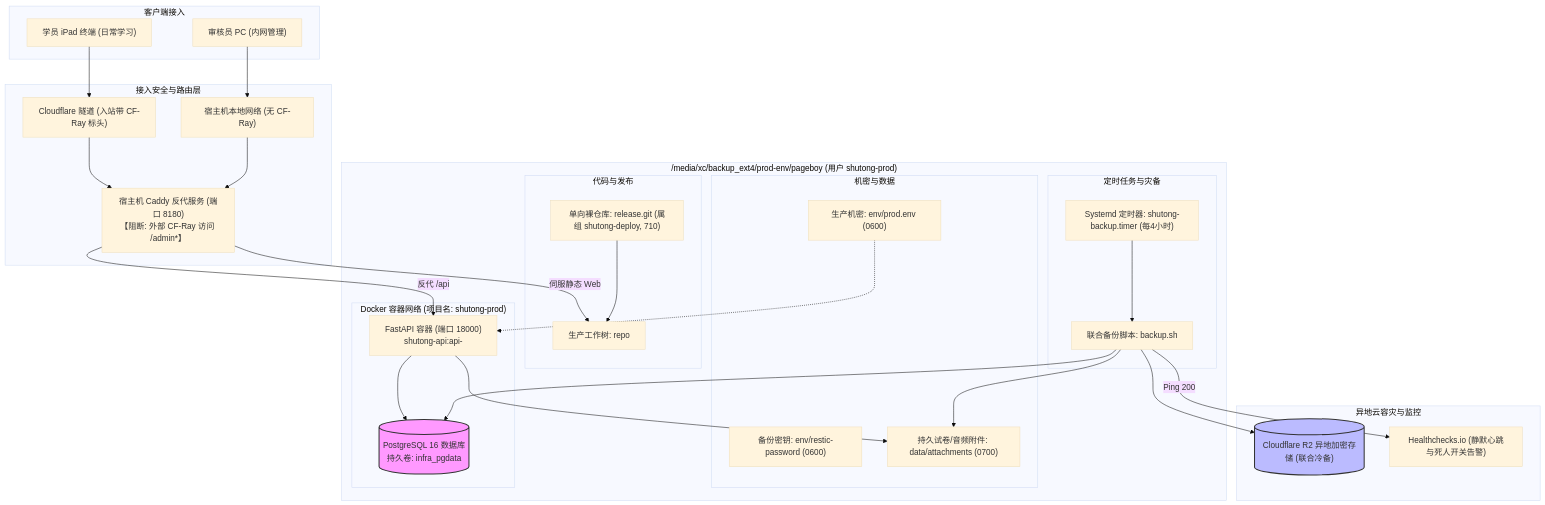
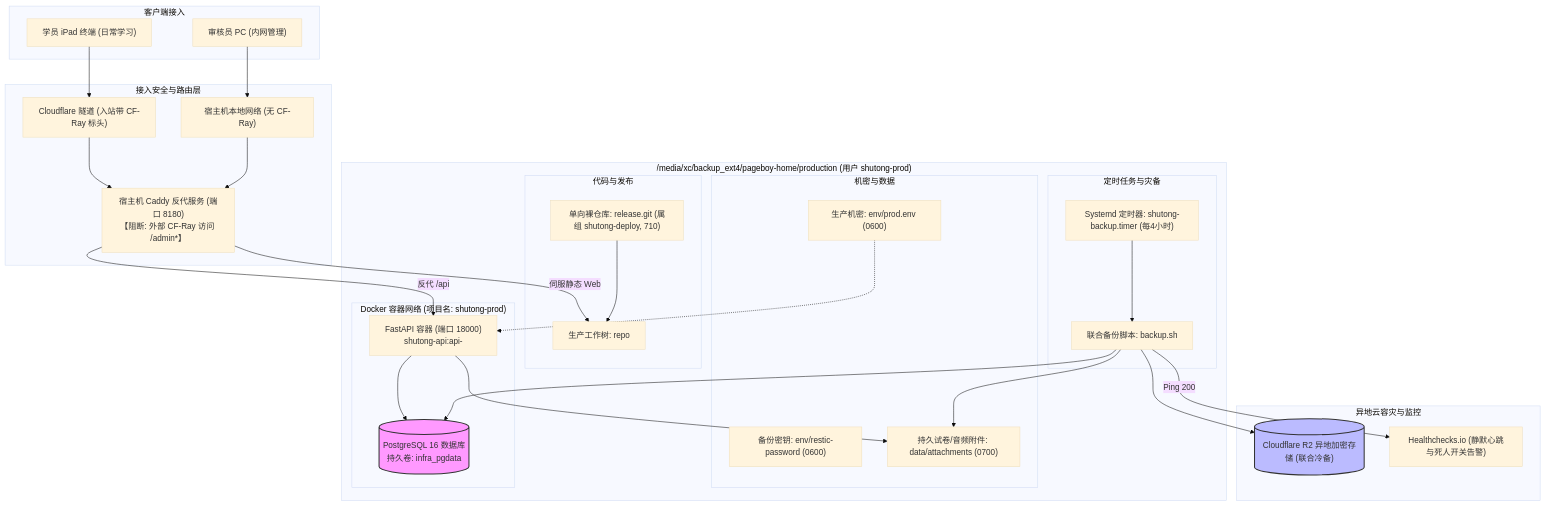
The diagram in docs/assets/diagrams/production-topology.mmd (xman900719/pageboy), drawn with Mermaid (base theme) before and after one commit. The commit also changed 32 other files, not shown here.

Commit message:
feat(infra,api): 搭建 pageboy-home 开发与生产强隔离根目录

```diff
--- a/docs/assets/diagrams/production-topology.mmd
+++ b/docs/assets/diagrams/production-topology.mmd
@@ -1,56 +1,56 @@
 flowchart TB
     subgraph 客户端接入 ["客户端接入"]
         IPAD["学员 iPad 终端 (日常学习)"]
         ADMIN_PC["审核员 PC (内网管理)"]
     end
 
     subgraph 接入安全与路由层 ["接入安全与路由层"]
         TUNNEL["Cloudflare 隧道 (入站带 CF-Ray 标头)"]
         LOCAL_NET["宿主机本地网络 (无 CF-Ray)"]
         CADDY["宿主机 Caddy 反代服务 (端口 8180)\n【阻断: 外部 CF-Ray 访问 /admin*】"]
     end
 
-    subgraph 生产环境隔离根目录 ["/media/xc/backup_ext4/prod-env/pageboy (用户 shutong-prod)"]
+    subgraph 生产环境隔离根目录 ["/media/xc/backup_ext4/pageboy-home/production (用户 shutong-prod)"]
         subgraph 代码与发布 ["代码与发布"]
             RELEASE_GIT["单向裸仓库: release.git (属组 shutong-deploy, 710)"]
             PROD_REPO["生产工作树: repo"]
         end
 
         subgraph 机密与数据 ["机密与数据"]
             PROD_ENV["生产机密: env/prod.env (0600)"]
             RESTIC_PWD["备份密钥: env/restic-password (0600)"]
             ATTACHMENTS["持久试卷/音频附件: data/attachments (0700)"]
         end
 
         subgraph Docker 容器网络 ["Docker 容器网络 (项目名: shutong-prod)"]
             API_CONT["FastAPI 容器 (端口 18000)\nshutong-api:api-<git短SHA>"]
             PG_CONT[("PostgreSQL 16 数据库\n持久卷: infra_pgdata")]:::db
         end
 
         subgraph 定时任务与灾备 ["定时任务与灾备"]
             BACKUP_TIMER["Systemd 定时器: shutong-backup.timer (每4小时)"]
             BACKUP_SCRIPT["联合备份脚本: backup.sh"]
         end
     end
 
     subgraph 异地云容灾与监控 ["异地云容灾与监控"]
         R2_CLOUD[("Cloudflare R2 异地加密存储 (联合冷备)")]:::cloud
         HC_IO["Healthchecks.io (静默心跳与死人开关告警)"]
     end
 
     IPAD --> TUNNEL --> CADDY
     ADMIN_PC --> LOCAL_NET --> CADDY
     CADDY -->|伺服静态 Web| PROD_REPO
     CADDY -->|反代 /api| API_CONT
     API_CONT --> PG_CONT
     API_CONT --> ATTACHMENTS
     PROD_ENV -.-> API_CONT
     RELEASE_GIT --> PROD_REPO
 
     BACKUP_TIMER --> BACKUP_SCRIPT
     BACKUP_SCRIPT --> PG_CONT & ATTACHMENTS
     BACKUP_SCRIPT --> R2_CLOUD
     BACKUP_SCRIPT -->|Ping 200| HC_IO
 
     classDef db fill:#f9f,stroke:#333,stroke-width:2px;
     classDef cloud fill:#bbf,stroke:#333,stroke-width:2px;
```
